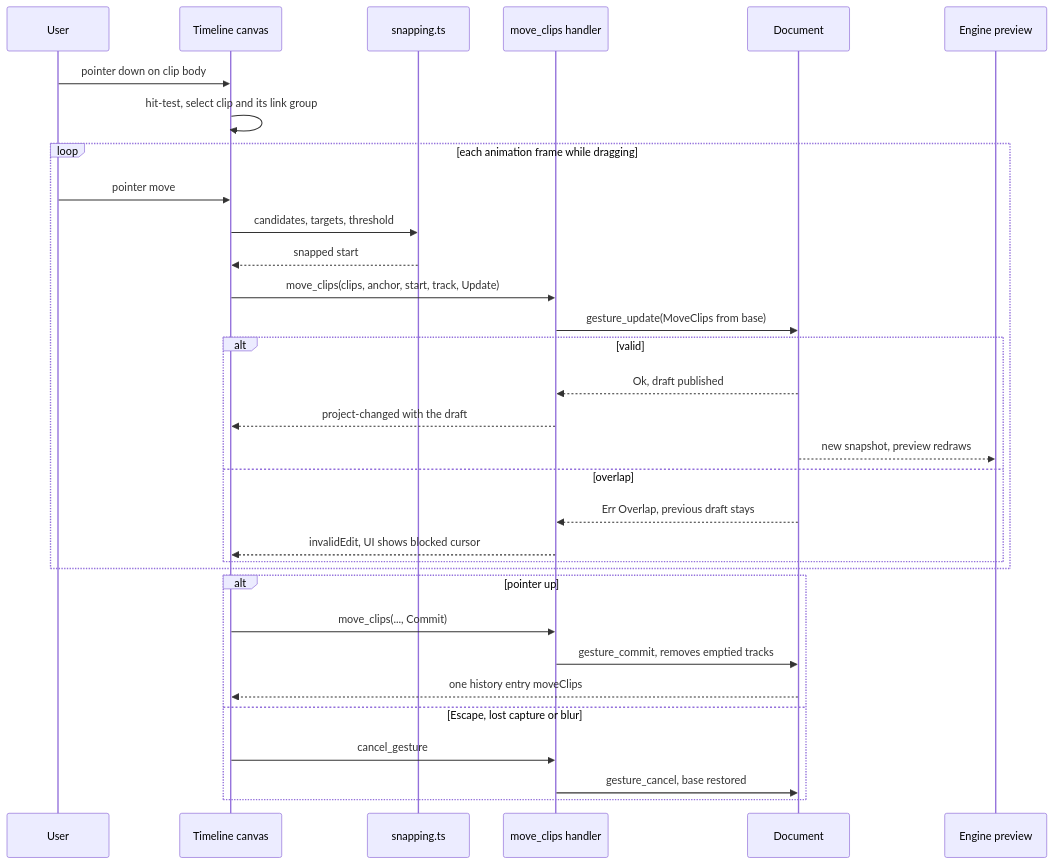
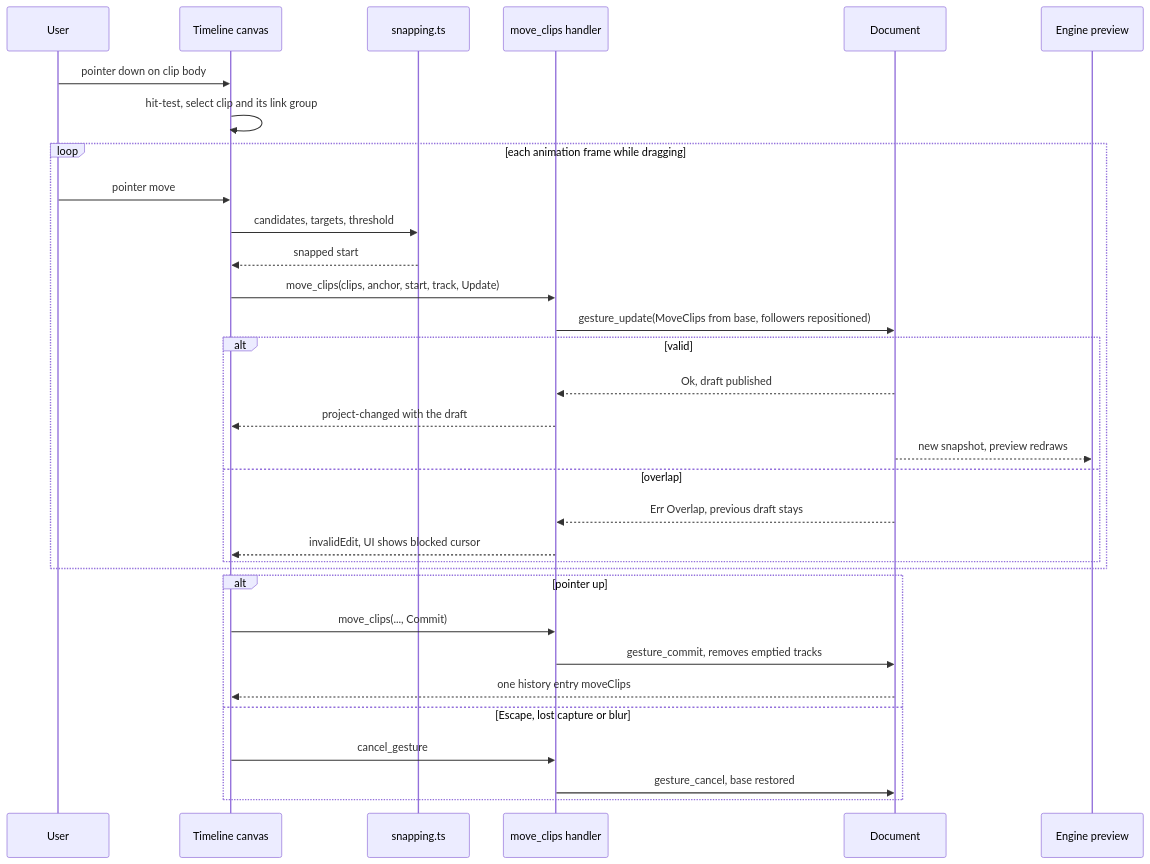
Before and after one commit to emicon123/cutframe: the second of 4 diagrams in docs/design/timeline-editing.md, drawn with Mermaid. The commit also changed other lines of this file and 5 other files, not shown here.

````diff
--- a/docs/design/timeline-editing.md
+++ b/docs/design/timeline-editing.md
@@ -687,34 +819,34 @@
 ```mermaid
 sequenceDiagram
   participant U as User
   participant T as Timeline canvas
   participant S as snapping.ts
   participant C as move_clips handler
   participant D as Document
   participant E as Engine preview
   U->>T: pointer down on clip body
   T->>T: hit-test, select clip and its link group
   loop each animation frame while dragging
     U->>T: pointer move
     T->>S: candidates, targets, threshold
     S-->>T: snapped start
     T->>C: move_clips(clips, anchor, start, track, Update)
-    C->>D: gesture_update(MoveClips from base)
+    C->>D: gesture_update(MoveClips from base, followers repositioned)
     alt valid
       D-->>C: Ok, draft published
       C-->>T: project-changed with the draft
       D-->>E: new snapshot, preview redraws
     else overlap
       D-->>C: Err Overlap, previous draft stays
       C-->>T: invalidEdit, UI shows blocked cursor
     end
   end
   alt pointer up
     T->>C: move_clips(..., Commit)
     C->>D: gesture_commit, removes emptied tracks
     D-->>T: one history entry moveClips
   else Escape, lost capture or blur
     T->>C: cancel_gesture
     C->>D: gesture_cancel, base restored
   end
 ```
````
